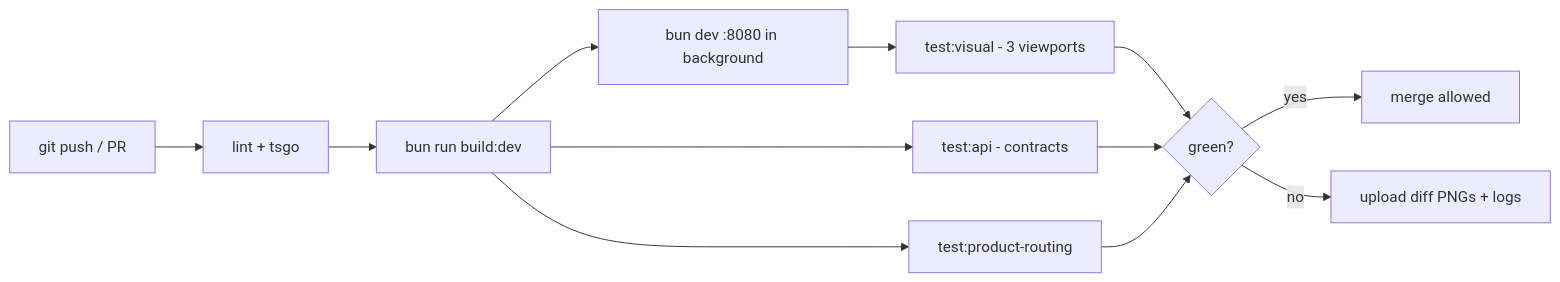
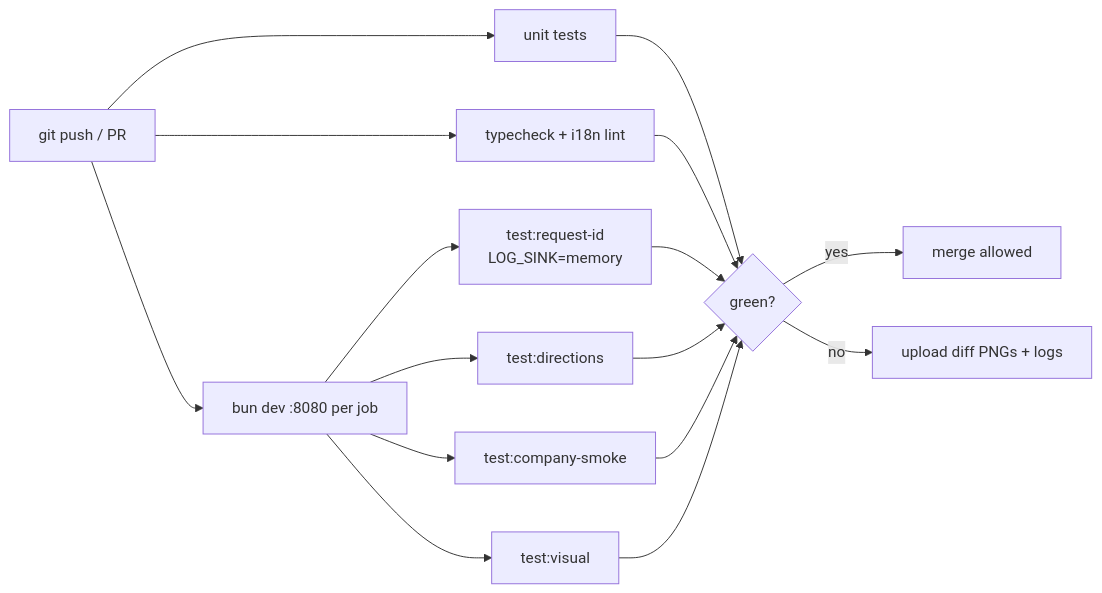
Before and after one commit to daneshavaran2/parkfava: the eighth of 10 diagrams in README.md, drawn with Mermaid. The commit also changed other lines of this file and 9 other files, not shown here.

````diff
--- a/README.md
+++ b/README.md
@@ -800,14 +879,18 @@
 ```mermaid
 flowchart LR
-  P[git push / PR] --> L[lint + tsgo]
-  L --> B[bun run build:dev]
-  B --> C[test:api - contracts]
-  B --> R[test:product-routing]
-  B --> S[bun dev :8080 in background]
-  S --> V[test:visual - 3 viewports]
-  V --> D{green?}
-  C --> D
-  R --> D
-  D -- yes --> M[merge allowed]
-  D -- no --> AR[upload diff PNGs + logs]
+  P[git push / PR] --> U[unit tests]
+  P --> T[typecheck + i18n lint]
+  P --> S[bun dev :8080 per job]
+  S --> R[test:request-id<br/>LOG_SINK=memory]
+  S --> D2[test:directions]
+  S --> CS[test:company-smoke]
+  S --> V[test:visual]
+  U --> G{green?}
+  T --> G
+  R --> G
+  D2 --> G
+  CS --> G
+  V --> G
+  G -- yes --> M[merge allowed]
+  G -- no --> AR[upload diff PNGs + logs]
 ```
````
